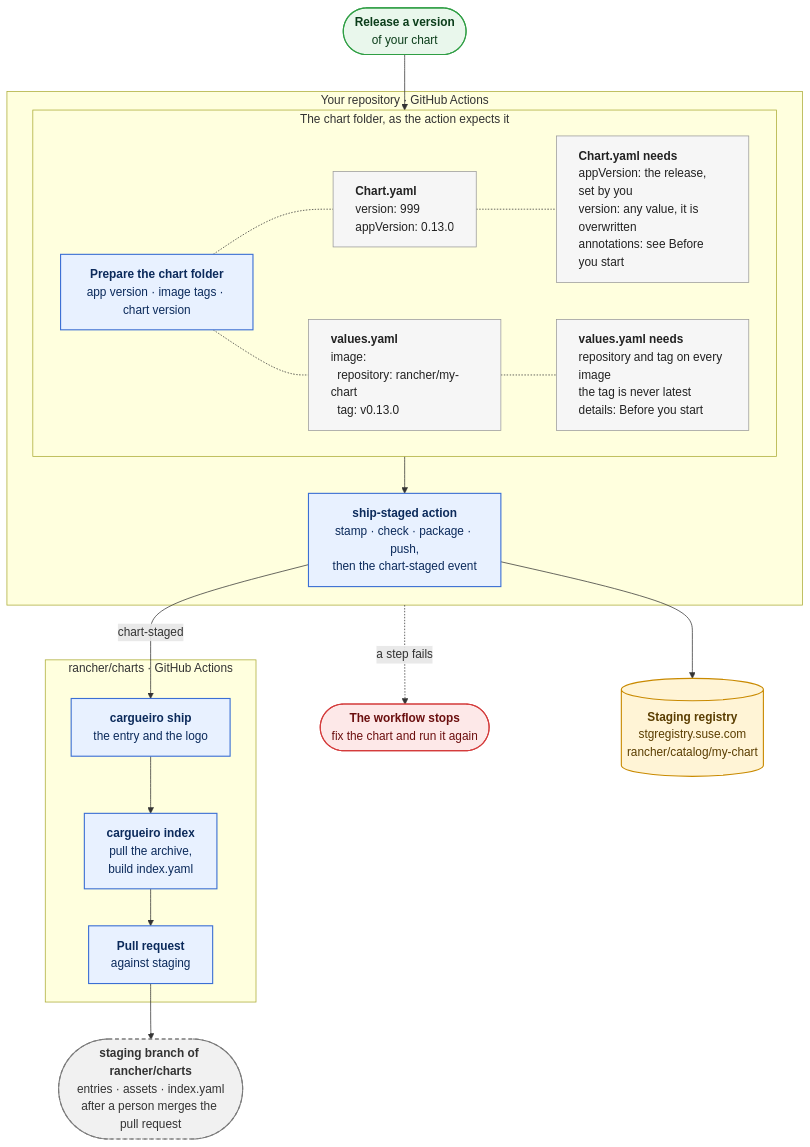
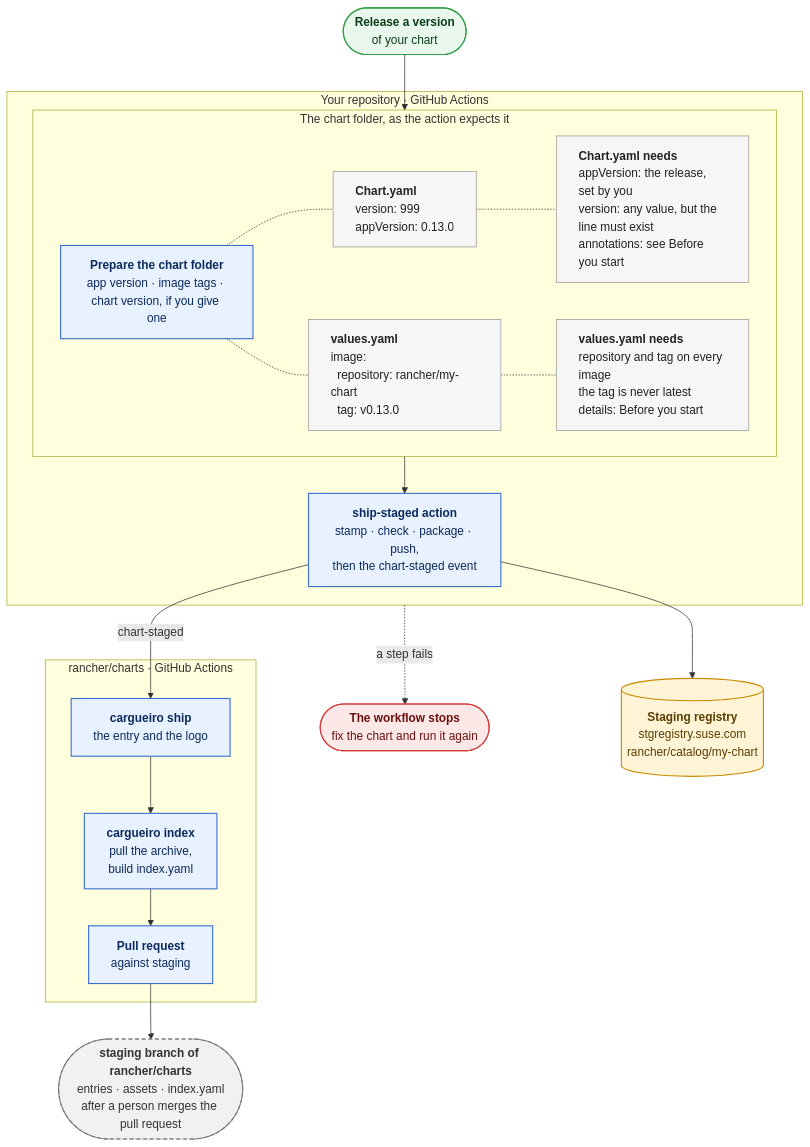
Before and after one commit to nicholasSUSE/cargueiro: the diagram in docs/CHART_OWNER.md, drawn with Mermaid. The commit also changed other lines of this file and 25 other files, not shown here.

First line of the commit message:
feat(cmd): add chart-version and require --version in stamp (#80)

````diff
--- a/docs/CHART_OWNER.md
+++ b/docs/CHART_OWNER.md
@@ -100,52 +119,52 @@
 ```mermaid
 flowchart TD
     start(["<b>Release a version</b><br/>of your chart"])
 
     subgraph owner["Your repository · GitHub Actions"]
         subgraph prep["The chart folder, as the action expects it"]
             direction LR
-            prepare["<b>Prepare the chart folder</b><br/>app version · image tags · chart version"]
+            prepare["<b>Prepare the chart folder</b><br/>app version · image tags · chart version, if you give one"]
             chartFile["<b>Chart.yaml</b><br/>version: 999<br/>appVersion: 0.13.0"]
             valuesFile["<b>values.yaml</b><br/>image:<br/>&nbsp;&nbsp;repository: rancher/my-chart<br/>&nbsp;&nbsp;tag: v0.13.0"]
-            chartRules["<b>Chart.yaml needs</b><br/>appVersion: the release, set by you<br/>version: any value, it is overwritten<br/>annotations: see Before you start"]
+            chartRules["<b>Chart.yaml needs</b><br/>appVersion: the release, set by you<br/>version: any value, but the line must exist<br/>annotations: see Before you start"]
             prepare -.- chartFile
             chartFile -.- chartRules
             valuesRules["<b>values.yaml needs</b><br/>repository and tag on every image<br/>the tag is never latest<br/>details: Before you start"]
             prepare -.- valuesFile
             valuesFile -.- valuesRules
         end
         action["<b>ship-staged action</b><br/>stamp · check · package · push,<br/>then the chart-staged event"]
         prep --> action
     end
 
     failed(["<b>The workflow stops</b><br/>fix the chart and run it again"])
     registry[("<b>Staging registry</b><br/>stgregistry.suse.com<br/>rancher/catalog/my-chart")]
 
     subgraph charts["rancher/charts · GitHub Actions"]
         ship["<b>cargueiro ship</b><br/>the entry and the logo"]
         index["<b>cargueiro index</b><br/>pull the archive,<br/>build index.yaml"]
         pr["<b>Pull request</b><br/>against staging"]
         ship --> index --> pr
     end
 
     staging(["<b>staging branch of rancher/charts</b><br/>entries · assets · index.yaml<br/>after a person merges the pull request"])
 
     start --> prep
     owner -. "a step fails" .-> failed
     action --> registry
     action -- "chart-staged" --> ship
     pr --> staging
 
     classDef cmd fill:#e8f1ff,stroke:#3b6fd4,stroke-width:1.5px,color:#0b2a5b
     classDef store fill:#fff4d6,stroke:#c98a00,stroke-width:1.5px,color:#5a3d00
     classDef stop fill:#fde8e8,stroke:#d43b3b,stroke-width:1.5px,color:#6b0f0f
     classDef todo fill:#f1f1f1,stroke:#7a7a7a,stroke-width:1.5px,stroke-dasharray:5 4,color:#333
     classDef begin fill:#e9f7ec,stroke:#2f9e44,stroke-width:1.5px,color:#0b3d1a
     classDef file fill:#f6f6f6,stroke:#999,stroke-width:1px,color:#222,text-align:left
     class prepare,action,ship,index,pr cmd
     class chartFile,chartRules,valuesFile,valuesRules file
     class registry store
     class failed stop
     class staging todo
     class start begin
 ```
````
